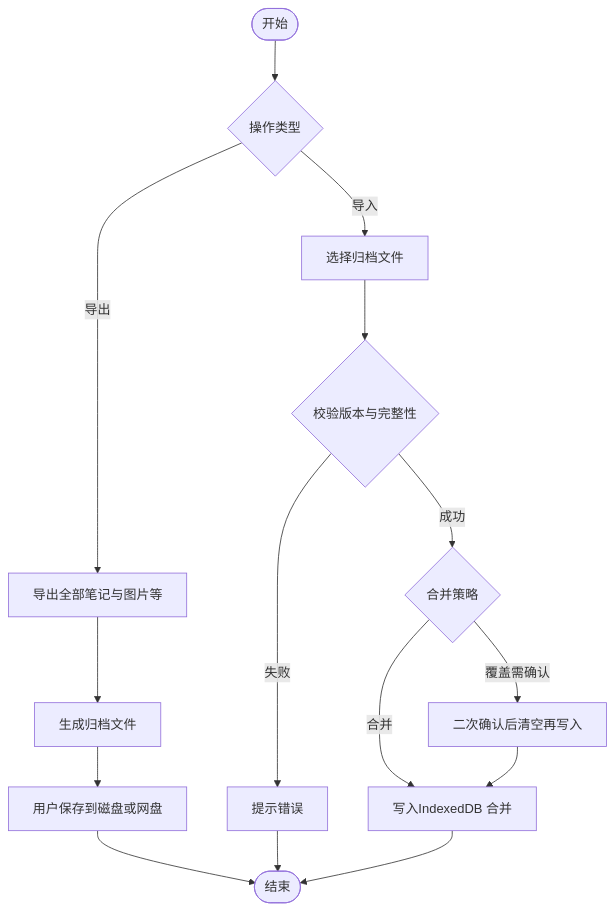
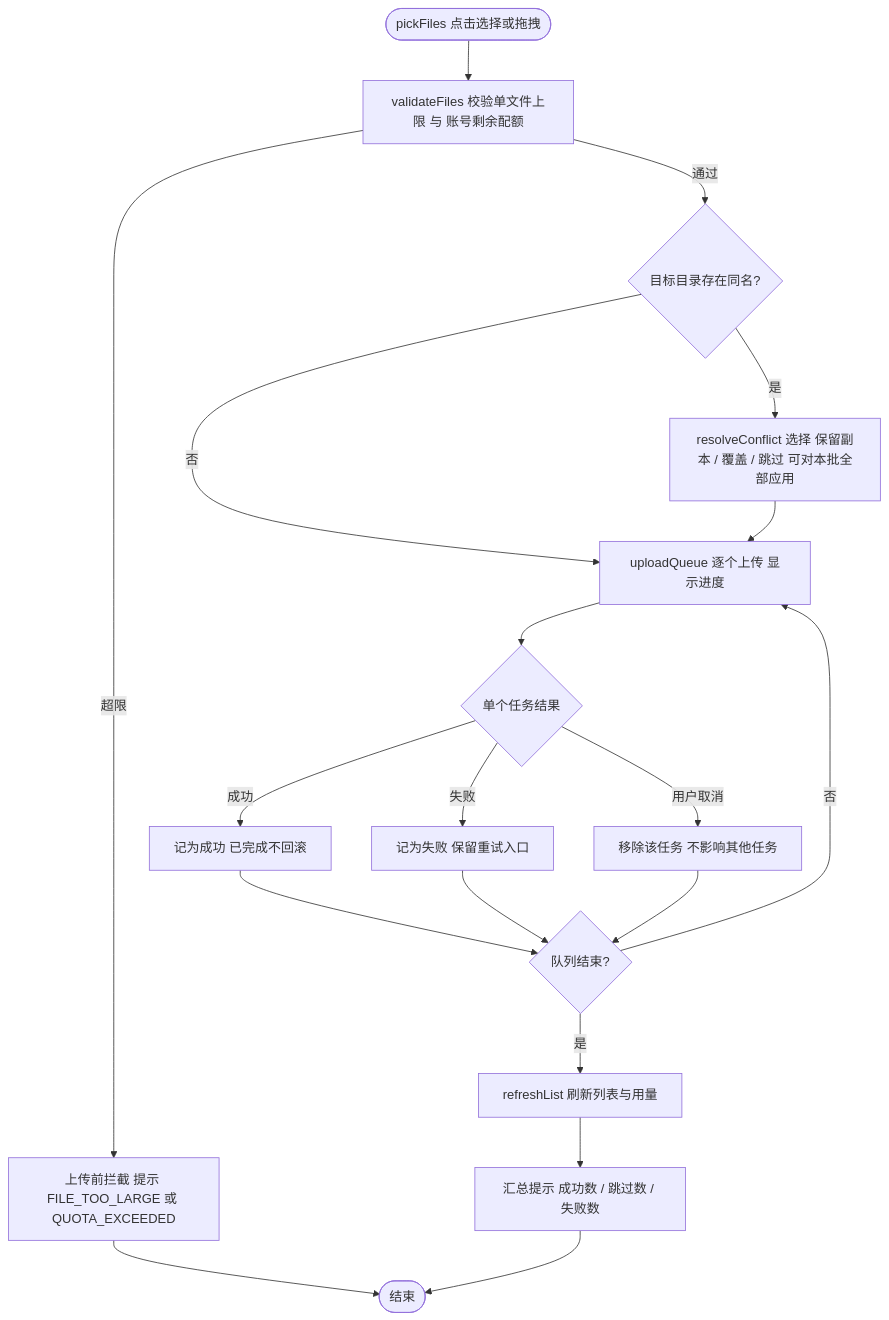
One commit to a327921510/my-notes changed the third of 7 diagrams in docs/用户流程图.md. Above: the diagram before and after it, drawn with Mermaid. The commit also changed other lines of this file and 3 other files, not shown here.

````diff
--- a/docs/用户流程图.md
+++ b/docs/用户流程图.md
@@ -60,17 +85,21 @@
 ```mermaid
 flowchart TD
-  A([开始]) --> B{操作类型}
-  B -->|导出| C[导出全部笔记与图片等]
-  C --> D[生成归档文件]
-  D --> E[用户保存到磁盘或网盘]
-  E --> Z([结束])
-  B -->|导入| F[选择归档文件]
-  F --> G{校验版本与完整性}
-  G -->|失败| H[提示错误]
-  H --> Z
-  G -->|成功| I{合并策略}
-  I -->|合并| J[写入IndexedDB 合并]
-  I -->|覆盖需确认| K[二次确认后清空再写入]
-  K --> J
-  J --> Z
+  A([pickFiles 点击选择或拖拽]) --> B[validateFiles 校验单文件上限 与 账号剩余配额]
+  B -->|超限| C[上传前拦截 提示 FILE_TOO_LARGE 或 QUOTA_EXCEEDED]
+  C --> Z([结束])
+  B -->|通过| D{目标目录存在同名?}
+  D -->|否| F[uploadQueue 逐个上传 显示进度]
+  D -->|是| E[resolveConflict 选择 保留副本 / 覆盖 / 跳过 可对本批全部应用]
+  E --> F
+  F --> G{单个任务结果}
+  G -->|成功| H[记为成功 已完成不回滚]
+  G -->|失败| I[记为失败 保留重试入口]
+  G -->|用户取消| J[移除该任务 不影响其他任务]
+  H --> K{队列结束?}
+  I --> K
+  J --> K
+  K -->|否| F
+  K -->|是| L[refreshList 刷新列表与用量]
+  L --> M[汇总提示 成功数 / 跳过数 / 失败数]
+  M --> Z
 ```
````
